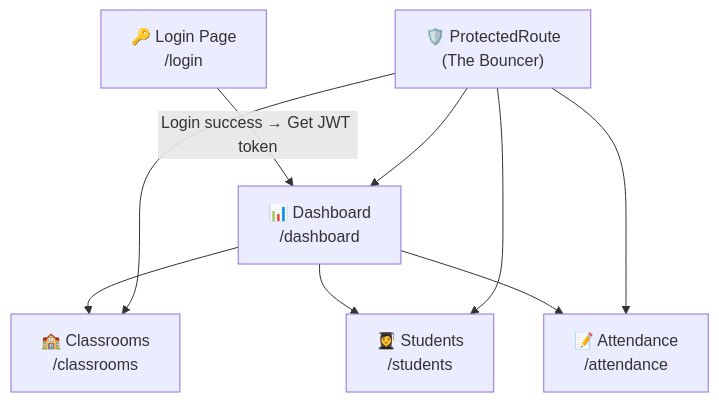
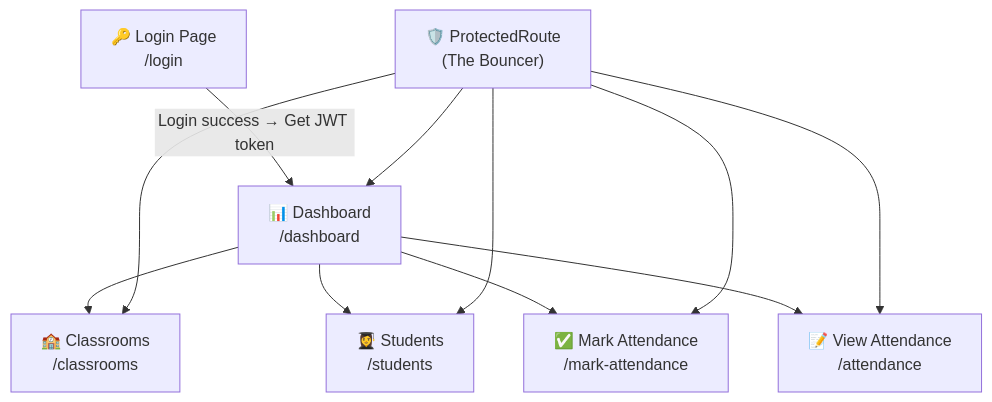
One commit to Nimsika-Bosilu/designHer_2.0-Student-Attendance-Management-System changed the first of 2 diagrams in frontend/README.md. Above: the diagram before and after it, drawn with Mermaid. The commit also changed other lines of this file and 5 other files, not shown here.

````diff
--- a/frontend/README.md
+++ b/frontend/README.md
@@ -15,11 +15,13 @@
 ```mermaid
 flowchart TD
     A["🔑 Login Page\n/login"] -->|"Login success → Get JWT token"| B["📊 Dashboard\n/dashboard"]
     B --> C["🏫 Classrooms\n/classrooms"]
     B --> D["👩‍🎓 Students\n/students"]
-    B --> E["📝 Attendance\n/attendance"]
+    B --> E["✅ Mark Attendance\n/mark-attendance"]
+    B --> G["📝 View Attendance\n/attendance"]
     F["🛡️ ProtectedRoute\n(The Bouncer)"] --> B
     F --> C
     F --> D
     F --> E
+    F --> G
 ```
````
